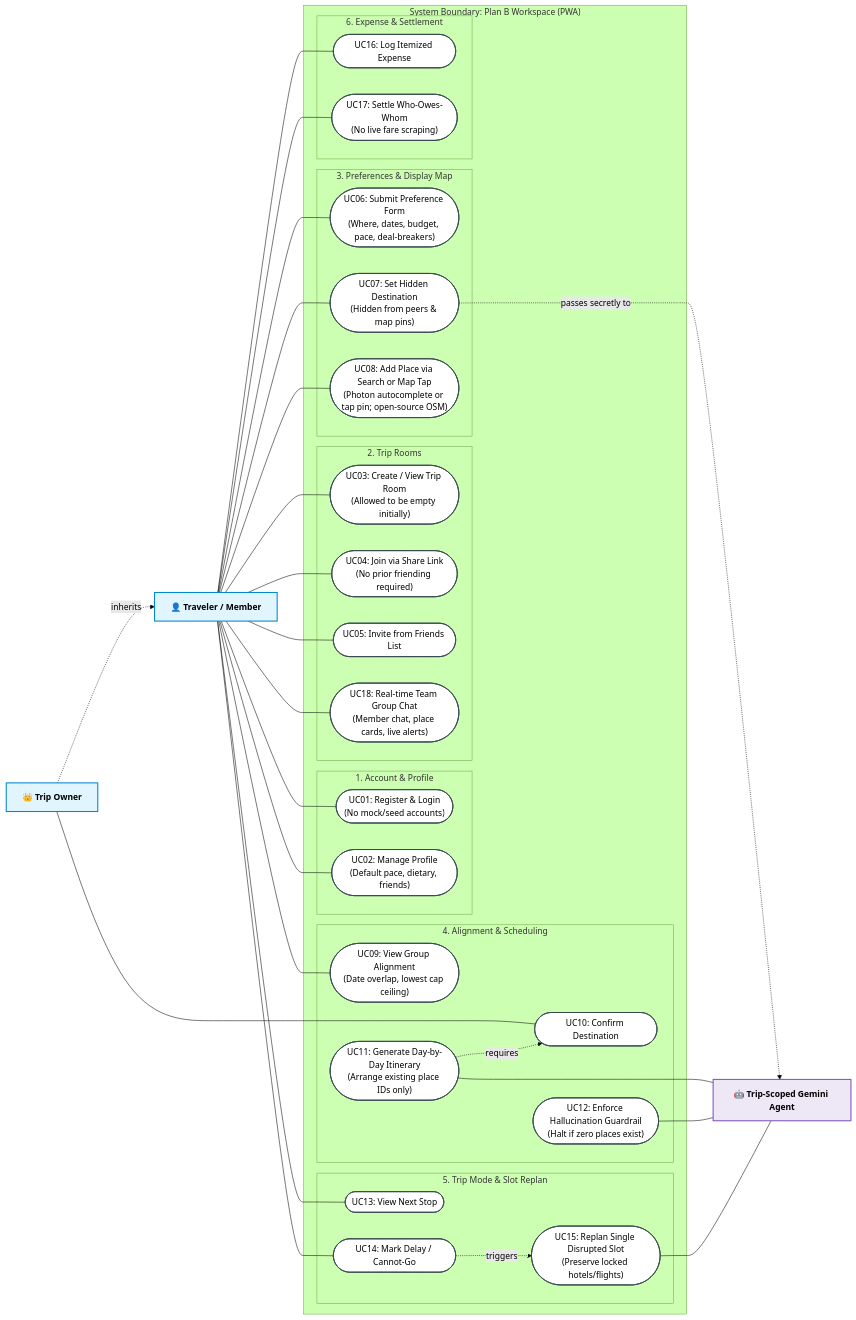
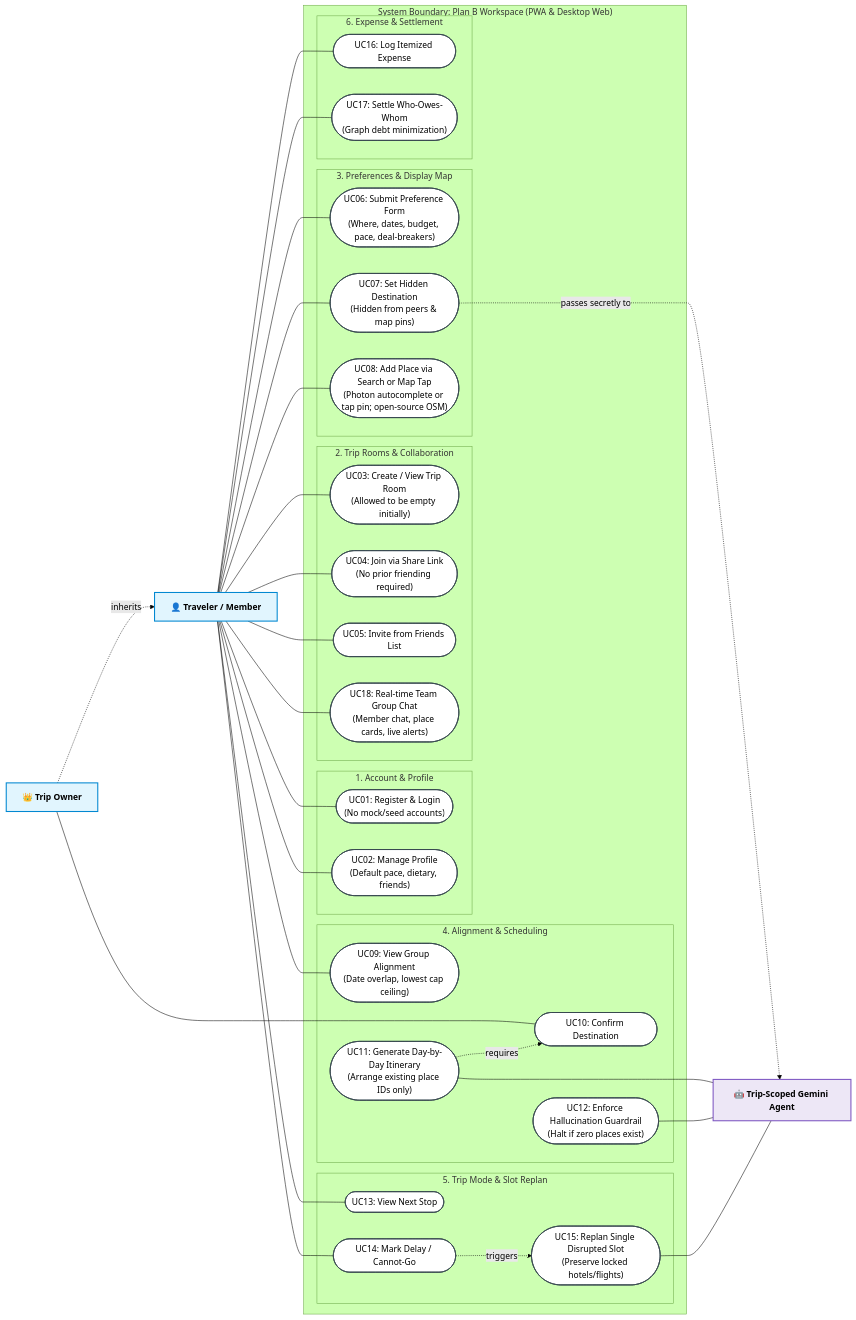
The second of 14 diagrams in docs/ideation.md (nlzce/We-are-the-champions_Plan-B), drawn with Mermaid (forest theme) before and after one commit. The commit also changed other lines of this file and 2 other files, not shown here.

Commit message:
docs: structure README to hackathon submission format and add separate functional diagrams

````diff
--- a/docs/ideation.md
+++ b/docs/ideation.md
@@ -58,75 +59,75 @@
 ```mermaid
 flowchart LR
   classDef actor fill:#e1f5fe,stroke:#0288d1,stroke-width:2px,font-weight:bold;
   classDef usecase fill:#ffffff,stroke:#37474f,stroke-width:1.5px;
   classDef system fill:#f8f9fa,stroke:#455a64,stroke-width:2px;
   classDef ai fill:#ede7f6,stroke:#7e57c2,stroke-width:2px,font-weight:bold;
 
   Traveler["👤 Traveler / Member"]:::actor
   Owner["👑 Trip Owner"]:::actor
   Gemini["🤖 Trip-Scoped Gemini Agent"]:::ai
 
   Owner -.->|inherits| Traveler
 
-  subgraph Boundary["System Boundary: Plan B Workspace (PWA)"]
+  subgraph Boundary["System Boundary: Plan B Workspace (PWA & Desktop Web)"]
     subgraph UC_Auth["1. Account & Profile"]
       UC01(["UC01: Register & Login<br/>(No mock/seed accounts)"]):::usecase
       UC02(["UC02: Manage Profile<br/>(Default pace, dietary, friends)"]):::usecase
     end
 
-    subgraph UC_Room["2. Trip Rooms"]
+    subgraph UC_Room["2. Trip Rooms & Collaboration"]
       UC03(["UC03: Create / View Trip Room<br/>(Allowed to be empty initially)"]):::usecase
       UC04(["UC04: Join via Share Link<br/>(No prior friending required)"]):::usecase
       UC05(["UC05: Invite from Friends List"]):::usecase
       UC18(["UC18: Real-time Team Group Chat<br/>(Member chat, place cards, live alerts)"]):::usecase
     end
 
     subgraph UC_Prefs["3. Preferences & Display Map"]
       UC06(["UC06: Submit Preference Form<br/>(Where, dates, budget, pace, deal-breakers)"]):::usecase
       UC07(["UC07: Set Hidden Destination<br/>(Hidden from peers & map pins)"]):::usecase
       UC08(["UC08: Add Place via Search or Map Tap<br/>(Photon autocomplete or tap pin; open-source OSM)"]):::usecase
     end
 
     subgraph UC_Plan["4. Alignment & Scheduling"]
       UC09(["UC09: View Group Alignment<br/>(Date overlap, lowest cap ceiling)"]):::usecase
       UC10(["UC10: Confirm Destination"]):::usecase
       UC11(["UC11: Generate Day-by-Day Itinerary<br/>(Arrange existing place IDs only)"]):::usecase
       UC12(["UC12: Enforce Hallucination Guardrail<br/>(Halt if zero places exist)"]):::usecase
     end
 
     subgraph UC_Trip["5. Trip Mode & Slot Replan"]
       UC13(["UC13: View Next Stop"]):::usecase
       UC14(["UC14: Mark Delay / Cannot-Go"]):::usecase
       UC15(["UC15: Replan Single Disrupted Slot<br/>(Preserve locked hotels/flights)"]):::usecase
     end
 
     subgraph UC_Money["6. Expense & Settlement"]
       UC16(["UC16: Log Itemized Expense"]):::usecase
-      UC17(["UC17: Settle Who-Owes-Whom<br/>(No live fare scraping)"]):::usecase
+      UC17(["UC17: Settle Who-Owes-Whom<br/>(Graph debt minimization)"]):::usecase
     end
   end
 
   Traveler --- UC01
   Traveler --- UC02
   Traveler --- UC03
   Traveler --- UC04
   Traveler --- UC05
   Traveler --- UC06
   Traveler --- UC07
   Traveler --- UC08
   Traveler --- UC09
   Traveler --- UC13
   Traveler --- UC14
   Traveler --- UC16
   Traveler --- UC17
   Traveler --- UC18
 
   Owner --- UC10
 
   UC07 -.->|passes secretly to| Gemini
   UC11 -.->|requires| UC10
   UC11 --- Gemini
   UC12 --- Gemini
   UC14 -.->|triggers| UC15
   UC15 --- Gemini
 ```
````
